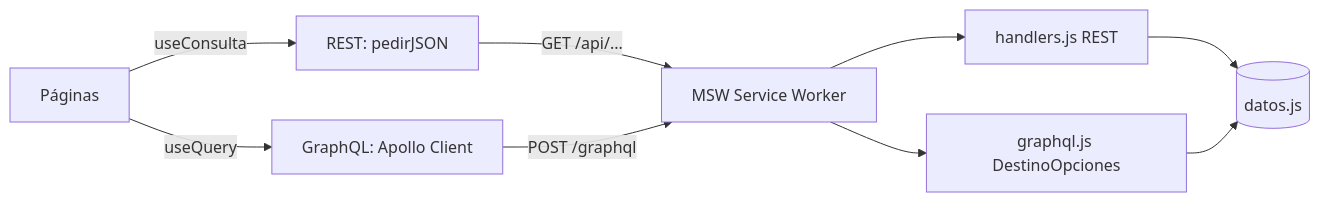
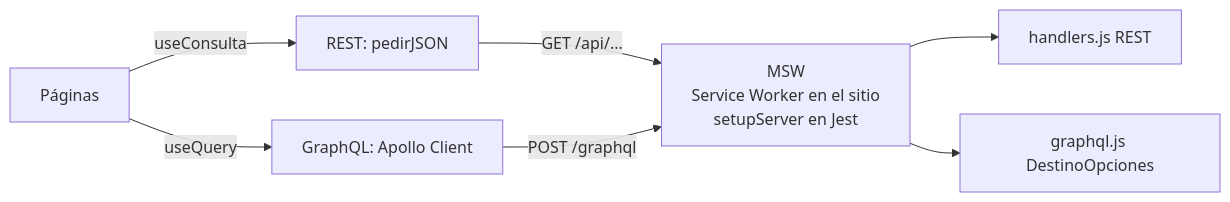
Before and after one commit to FcoXavierParra/pruebas-unitarias-francisco-parra-pfy2202: the diagram in README.md, drawn with Mermaid. The commit also changed other lines of this file and 1 other file, not shown here.

````diff
--- a/README.md
+++ b/README.md
@@ -23,11 +122,9 @@
 ```mermaid
 flowchart LR
   P[Páginas] -->|useConsulta| R[REST: pedirJSON]
   P -->|useQuery| G[GraphQL: Apollo Client]
-  R -->|GET /api/...| W[MSW Service Worker]
+  R -->|GET /api/...| W[MSW<br/>Service Worker en el sitio<br/>setupServer en Jest]
   G -->|POST /graphql| W
   W --> H1[handlers.js REST]
   W --> H2[graphql.js DestinoOpciones]
-  H1 --> D[(datos.js)]
-  H2 --> D
 ```
````
